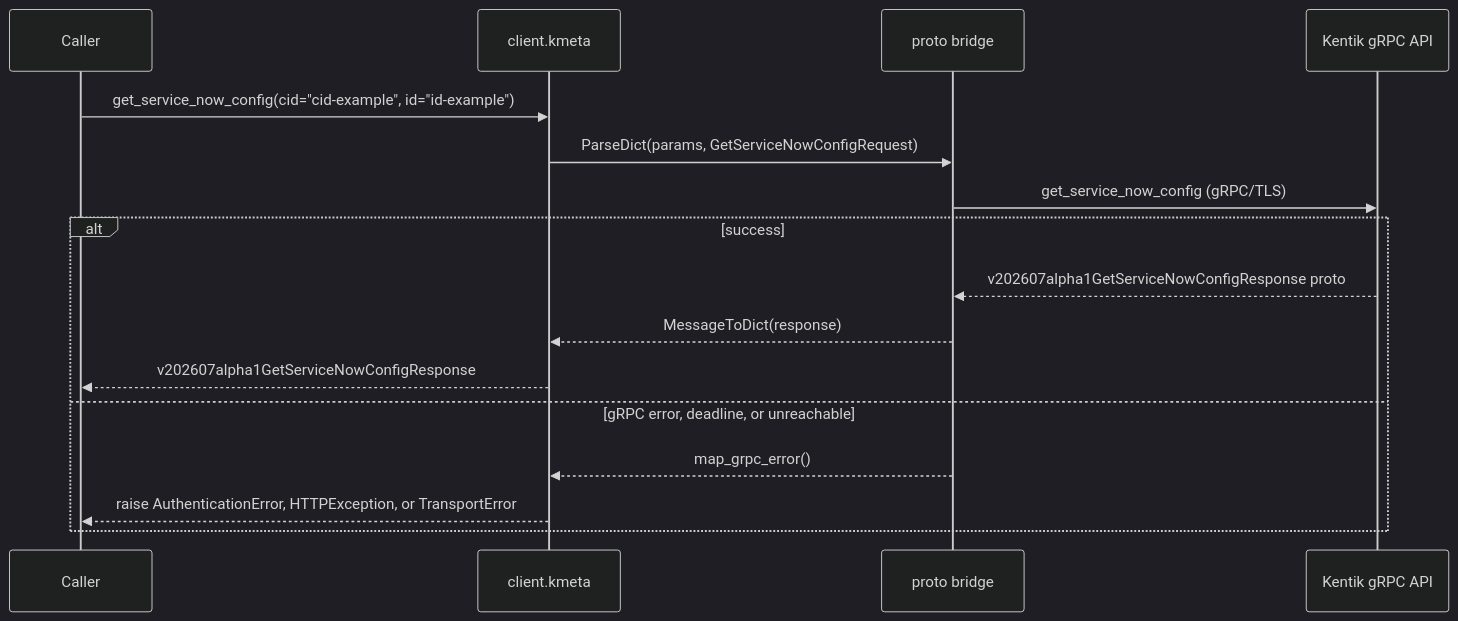
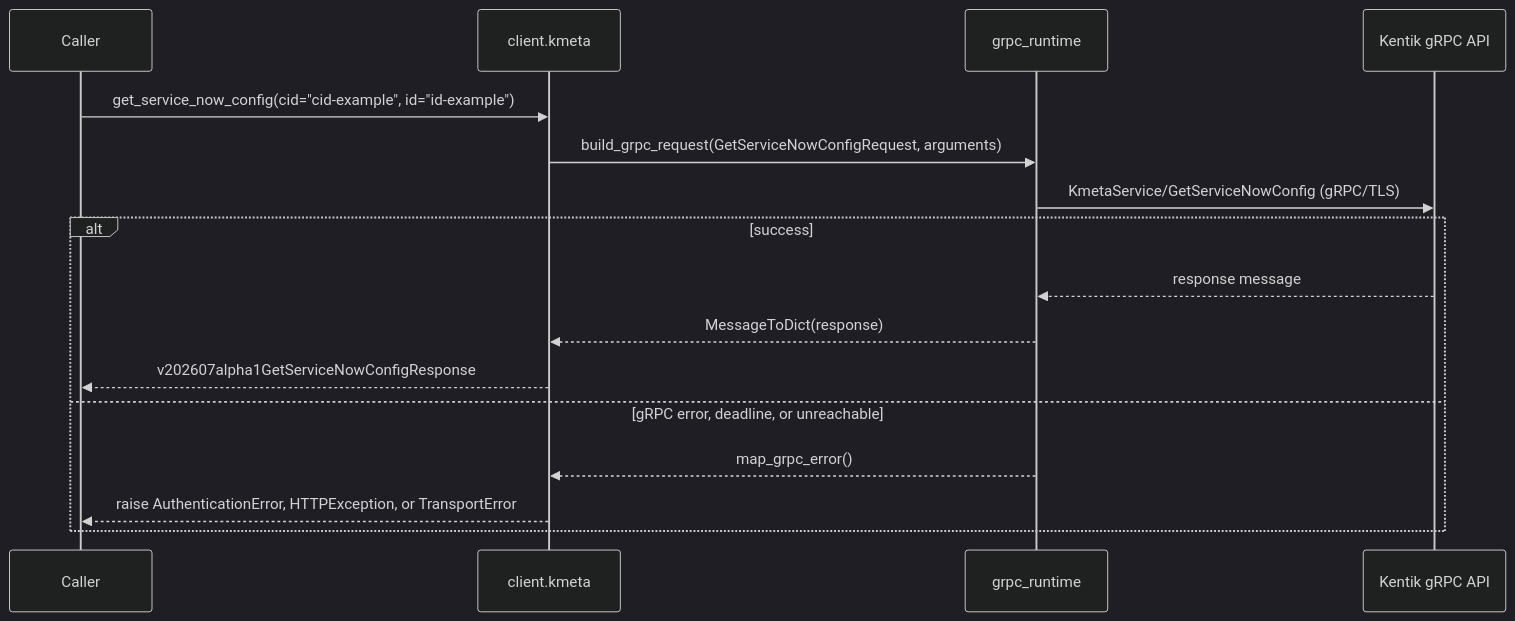
Before and after one commit to alexdearaujo/community_sdk_python: the seventh of 12 diagrams in docs/sphinx/services/kmeta.md, drawn with Mermaid (dark theme). The commit also changed other lines of this file and 37 other files, not shown here.

First line of the commit message:
docs: show the real RPC in each service page's gRPC diagram

````diff
--- a/docs/sphinx/services/kmeta.md
+++ b/docs/sphinx/services/kmeta.md
@@ -213,19 +213,19 @@
 ```mermaid
 sequenceDiagram
     participant C as Caller
     participant W as client.kmeta
-    participant B as proto bridge
+    participant R as grpc_runtime
     participant API as Kentik gRPC API
 
     C->>W: get_service_now_config(cid="cid-example", id="id-example")
-    W->>B: ParseDict(params, GetServiceNowConfigRequest)
-    B->>API: get_service_now_config (gRPC/TLS)
+    W->>R: build_grpc_request(GetServiceNowConfigRequest, arguments)
+    R->>API: KmetaService/GetServiceNowConfig (gRPC/TLS)
     alt success
-        API-->>B: v202607alpha1GetServiceNowConfigResponse proto
-        B-->>W: MessageToDict(response)
+        API-->>R: response message
+        R-->>W: MessageToDict(response)
         W-->>C: v202607alpha1GetServiceNowConfigResponse
     else gRPC error, deadline, or unreachable
-        B-->>W: map_grpc_error()
+        R-->>W: map_grpc_error()
         W-->>C: raise AuthenticationError, HTTPException, or TransportError
     end
 ```
````
